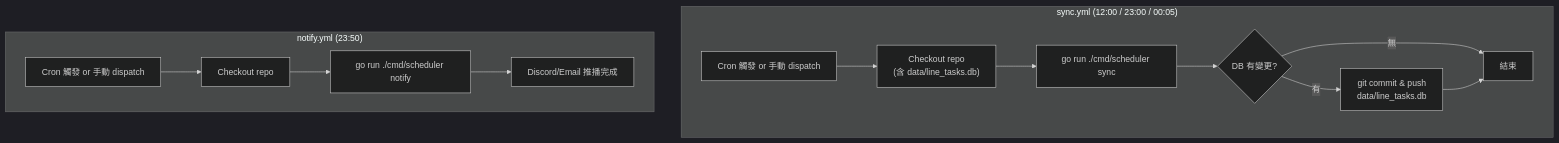
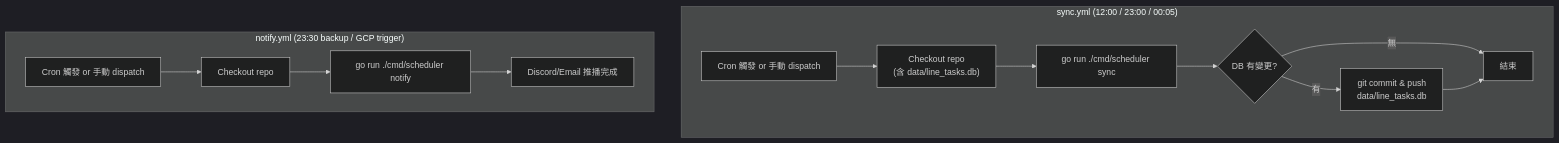
The fifth of 6 diagrams in docs/requirements/requirements.md (dccoding1118/more-line-points), drawn with Mermaid before and after one commit. The commit also changed other lines of this file and 7 other files, not shown here.

````diff
--- a/docs/requirements/requirements.md
+++ b/docs/requirements/requirements.md
@@ -424,18 +426,18 @@
 ```mermaid
 %%{init: {'theme':'dark'}}%%
 flowchart TD
     subgraph sync_flow["sync.yml (12:00 / 23:00 / 00:05)"]
         S1["Cron 觸發 or 手動 dispatch"] --> S2["Checkout repo<br/>(含 data/line_tasks.db)"]
         S2 --> S3["go run ./cmd/scheduler sync"]
         S3 --> S4{"DB 有變更?"}
         S4 -->|"有"| S5["git commit & push<br/>data/line_tasks.db"]
         S4 -->|"無"| S6["結束"]
         S5 --> S6
     end
 
-    subgraph notify_flow["notify.yml (23:50)"]
+    subgraph notify_flow["notify.yml (23:30 backup / GCP trigger)"]
         N1["Cron 觸發 or 手動 dispatch"] --> N2["Checkout repo"]
         N2 --> N3["go run ./cmd/scheduler notify"]
         N3 --> N4["Discord/Email 推播完成"]
     end
 ```
````
